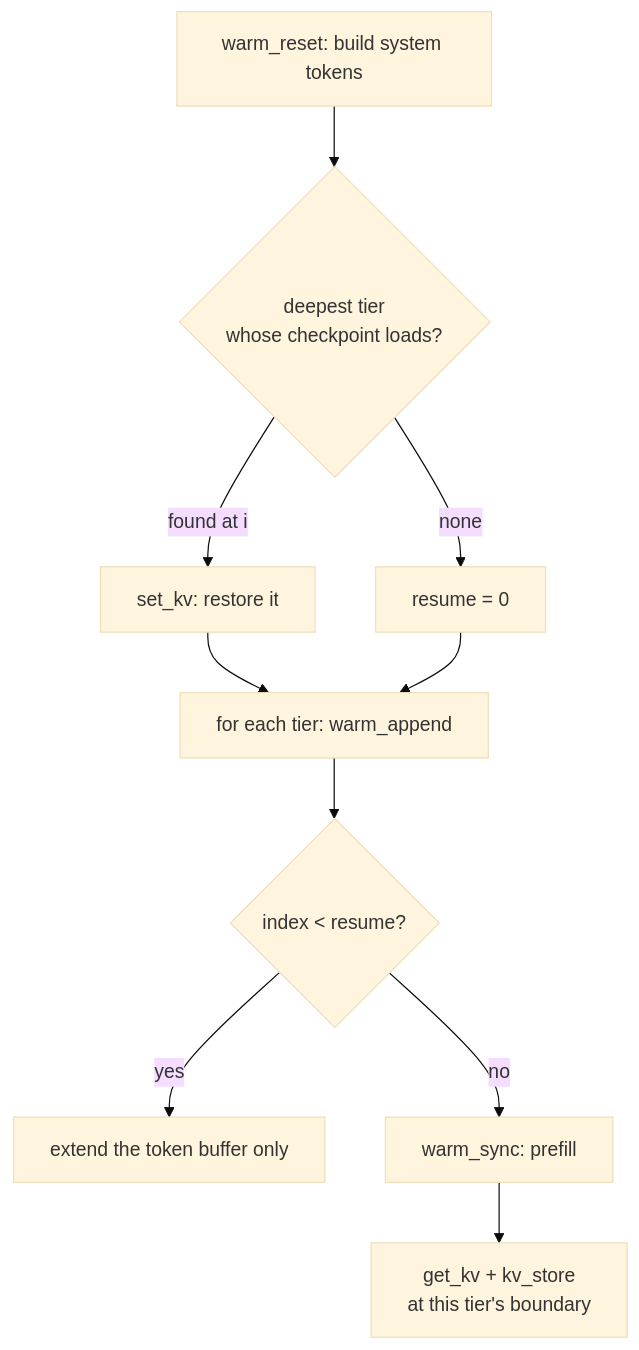
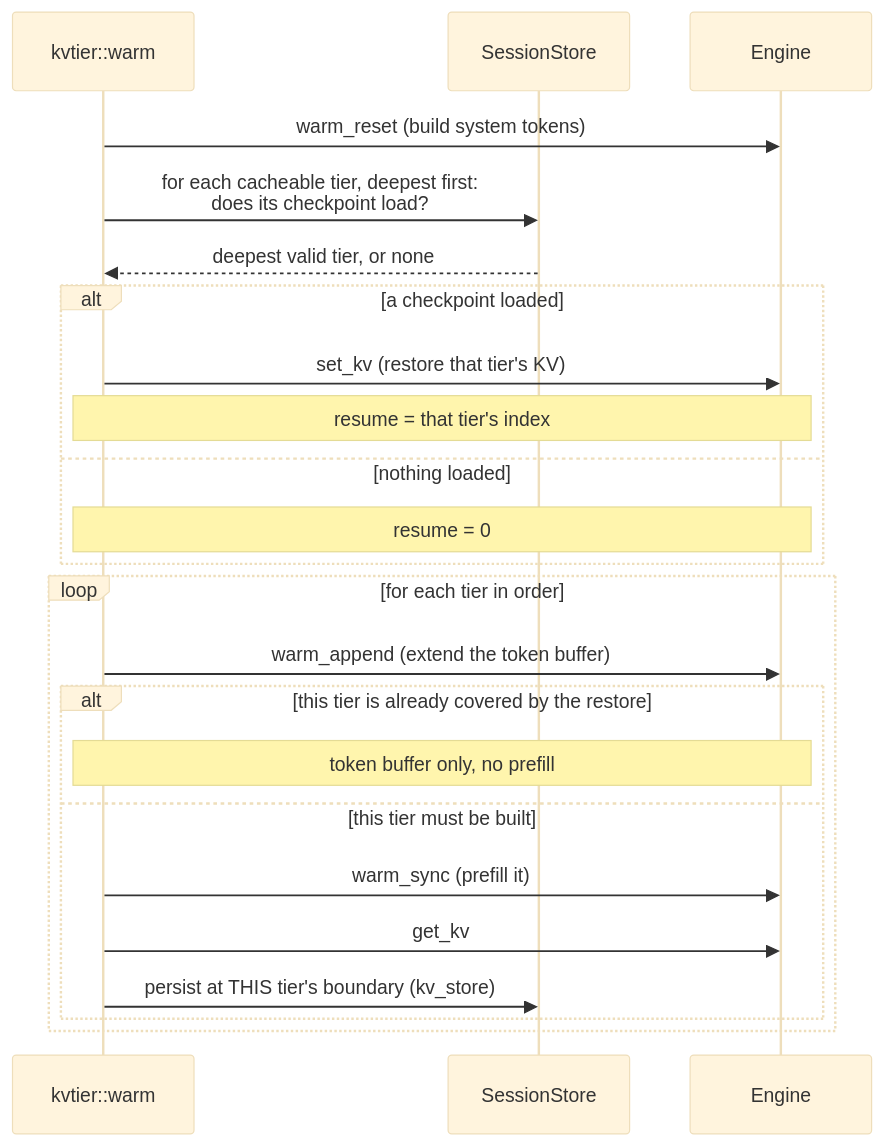
One commit to aovestdipaperino/plank changed diagram 11 of 12 in docs/KV-CACHE.md. Above: the diagram before and after it, drawn with Mermaid (base theme). The commit also changed other lines of this file and 3 other files, not shown here.

First line of the commit message:
docs(kv): add ladder diagrams to KV-cache docs

````diff
--- a/docs/KV-CACHE.md
+++ b/docs/KV-CACHE.md
@@ -116,12 +755,28 @@
 ```mermaid
-flowchart TD
-    A[warm_reset: build system tokens] --> B{deepest tier<br/>whose checkpoint loads?}
-    B -->|found at i| C[set_kv: restore it]
-    B -->|none| D[resume = 0]
-    C --> E[for each tier: warm_append]
-    D --> E
-    E --> F{index < resume?}
-    F -->|yes| G[extend the token buffer only]
-    F -->|no| H[warm_sync: prefill]
-    H --> I[get_kv + kv_store<br/>at this tier's boundary]
+sequenceDiagram
+    participant W as kvtier::warm
+    participant S as SessionStore
+    participant E as Engine
+
+    W->>E: warm_reset (build system tokens)
+    W->>S: for each cacheable tier, deepest first:<br/>does its checkpoint load?
+    S-->>W: deepest valid tier, or none
+
+    alt a checkpoint loaded
+        W->>E: set_kv (restore that tier's KV)
+        Note over W,E: resume = that tier's index
+    else nothing loaded
+        Note over W,E: resume = 0
+    end
+
+    loop for each tier in order
+        W->>E: warm_append (extend the token buffer)
+        alt this tier is already covered by the restore
+            Note over W,E: token buffer only, no prefill
+        else this tier must be built
+            W->>E: warm_sync (prefill it)
+            W->>E: get_kv
+            W->>S: persist at THIS tier's boundary (kv_store)
+        end
+    end
 ```
````
